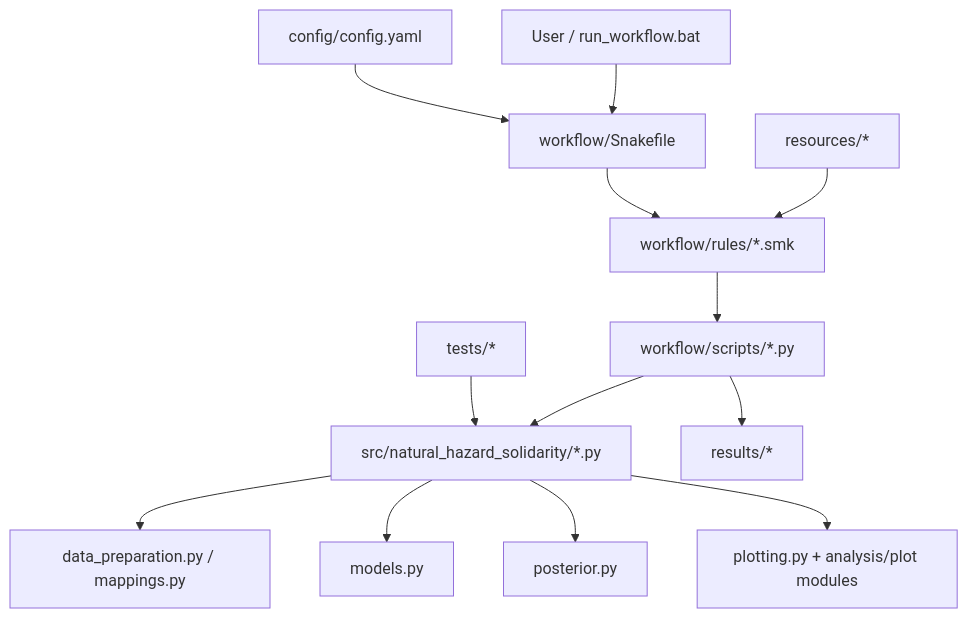
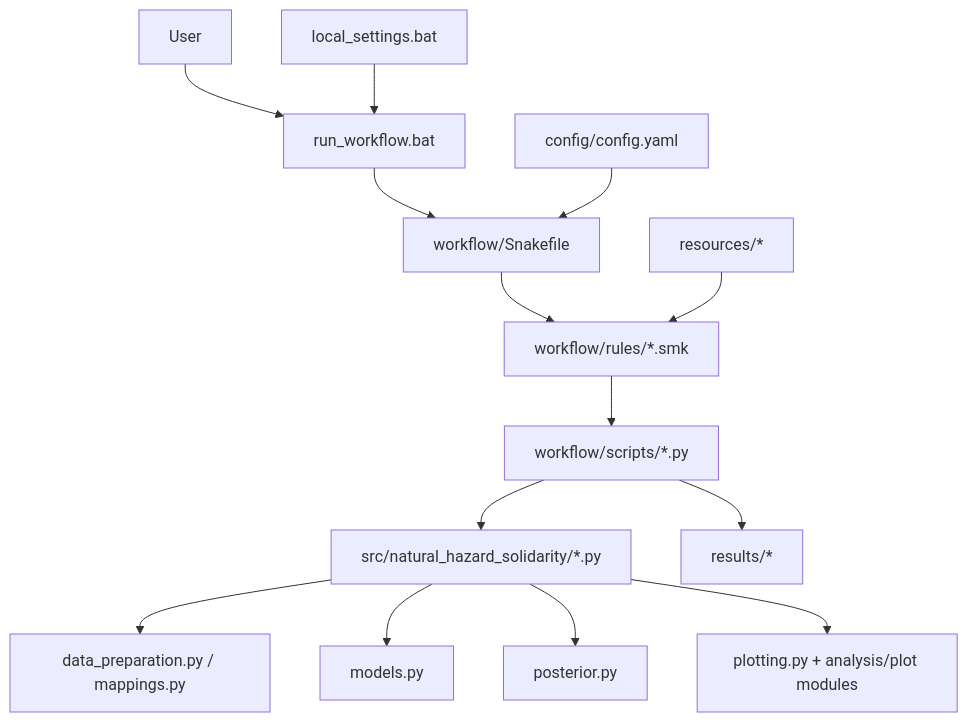
The diagram in docs/architecture.md (matalie/natural-hazard-conjoint-experiment), drawn with Mermaid before and after one commit. The commit also changed other lines of this file and 6 other files, not shown here.

````diff
--- a/docs/architecture.md
+++ b/docs/architecture.md
@@ -7,15 +7,21 @@
 ```mermaid
 flowchart TB
-    USER[User / run_workflow.bat] --> SNAKE[workflow/Snakefile]
+    USER[User] --> RUN[run_workflow.bat]
+    LOCAL[local_settings.bat] --> RUN
+    RUN --> SNAKE[workflow/Snakefile]
+
     CFG[config/config.yaml] --> SNAKE
-    INPUTS[resources/*] --> RULES[workflow/rules/*.smk]
-    SNAKE --> RULES
+    SNAKE --> RULES[workflow/rules/*.smk]
+
+    INPUTS[resources/*] --> RULES
+
     RULES --> SCRIPTS[workflow/scripts/*.py]
     SCRIPTS --> SRC[src/natural_hazard_solidarity/*.py]
+
     SRC --> DATA[data_preparation.py / mappings.py]
     SRC --> MODELS[models.py]
     SRC --> POST[posterior.py]
     SRC --> PLOTS[plotting.py + analysis/plot modules]
+
     SCRIPTS --> RESULTS[results/*]
-    TESTS[tests/*] --> SRC
 ```
````
